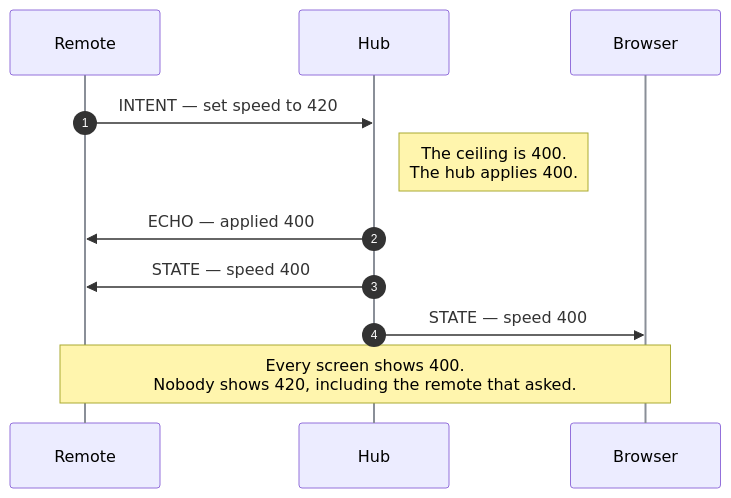
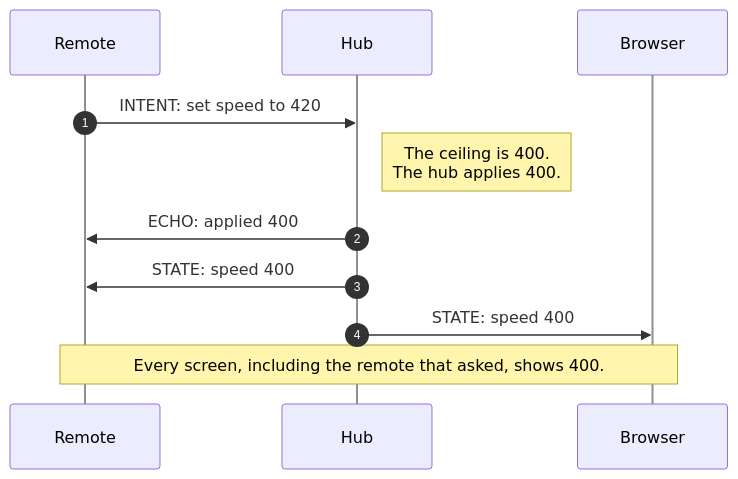
Before and after one commit to openvalence/Valence: the fourth of 7 diagrams in docs-site/docs/understand/how-it-works.md, drawn with Mermaid. The commit also changed other lines of this file and 66 other files, not shown here.

````diff
--- a/docs-site/docs/understand/how-it-works.md
+++ b/docs-site/docs/understand/how-it-works.md
@@ -169,15 +161,15 @@
 ```mermaid
 %%{init: {"themeVariables": {"actorLineColor": "#8a8f98"}} }%%
 sequenceDiagram
     autonumber
     participant R as Remote
     participant H as Hub
     participant B as Browser
 
-    R->>H: INTENT — set speed to 420
+    R->>H: INTENT: set speed to 420
     Note right of H: The ceiling is 400.<br/>The hub applies 400.
-    H->>R: ECHO — applied 400
-    H->>R: STATE — speed 400
-    H->>B: STATE — speed 400
-    Note over R,B: Every screen shows 400.<br/>Nobody shows 420, including the remote that asked.
+    H->>R: ECHO: applied 400
+    H->>R: STATE: speed 400
+    H->>B: STATE: speed 400
+    Note over R,B: Every screen, including the remote that asked, shows 400.
 ```
````
